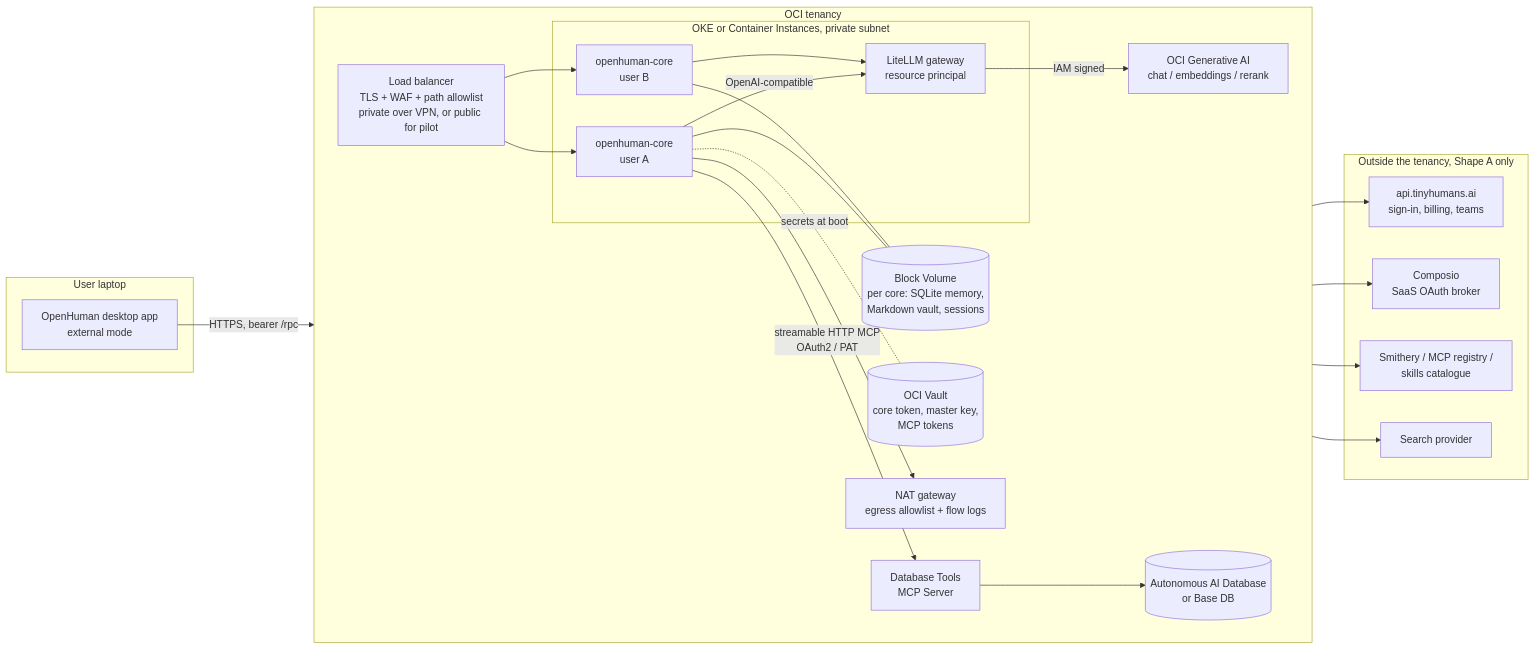
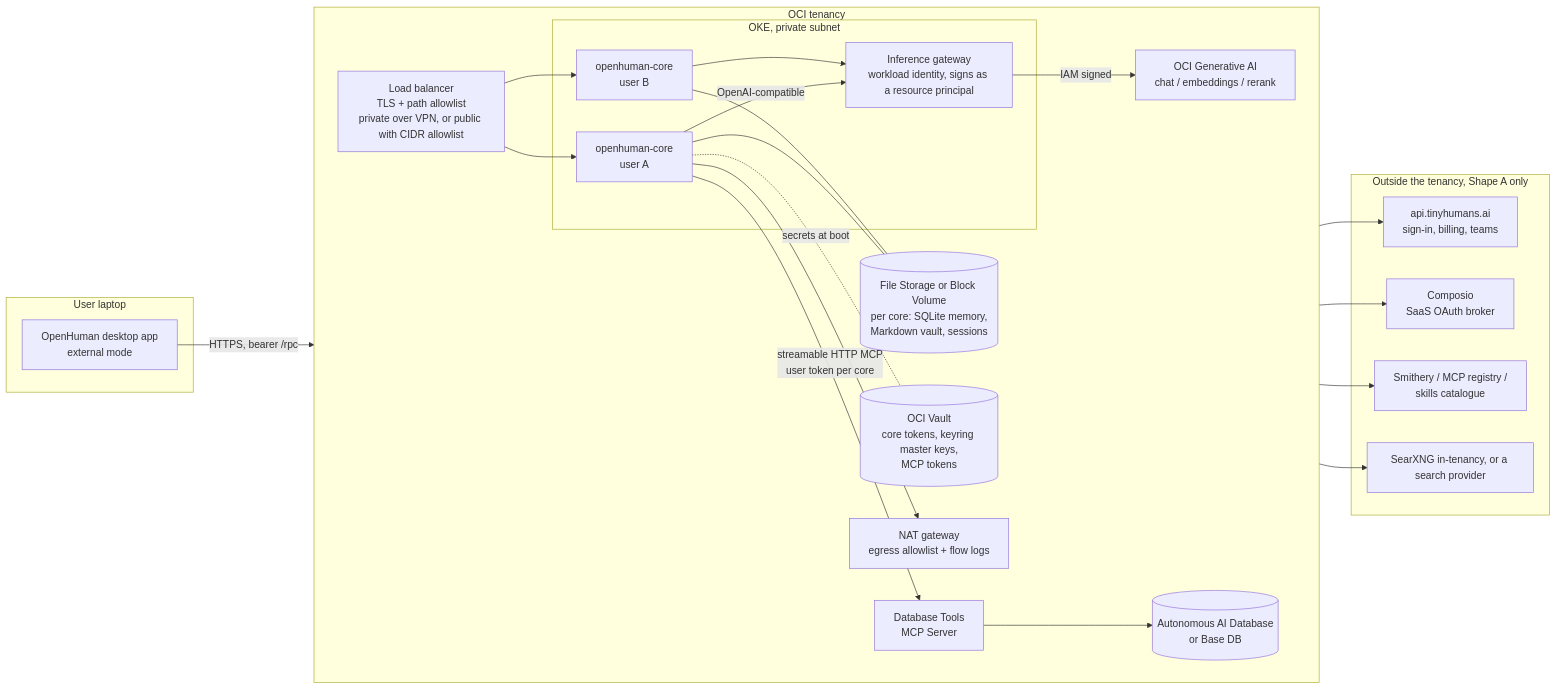
The diagram in docs/ARCHITECTURE.md (kamelhar/openhuman-oci), drawn with Mermaid before and after one commit. The commit also changed other lines of this file and 3 other files, not shown here.

Commit message:
Architecture docs: reference v1.1 (revision history, decisions table, prerequisites, failure modes and recovery, consistency fixes); design doc annotated with pilot results and a phase-three target; single figure captions in exports

````diff
--- a/docs/ARCHITECTURE.md
+++ b/docs/ARCHITECTURE.md
@@ -94,43 +86,43 @@
 ```mermaid
 flowchart LR
   subgraph client[User laptop]
     app[OpenHuman desktop app<br/>external mode]
   end
 
   subgraph oci[OCI tenancy]
     direction LR
-    bastion[Load balancer<br/>TLS + WAF + path allowlist<br/>private over VPN, or public for pilot]
-    subgraph okens[OKE or Container Instances, private subnet]
+    lb[Load balancer<br/>TLS + path allowlist<br/>private over VPN, or public with CIDR allowlist]
+    subgraph okens[OKE, private subnet]
       core1[openhuman-core<br/>user A]
       core2[openhuman-core<br/>user B]
-      llm[LiteLLM gateway<br/>resource principal]
+      llm[Inference gateway<br/>workload identity, signs as a resource principal]
     end
-    bv[(Block Volume<br/>per core: SQLite memory,<br/>Markdown vault, sessions)]
-    vault[(OCI Vault<br/>core token, master key,<br/>MCP tokens)]
+    fss[(File Storage or Block Volume<br/>per core: SQLite memory,<br/>Markdown vault, sessions)]
+    vault[(OCI Vault<br/>core tokens, keyring master keys,<br/>MCP tokens)]
     genai[OCI Generative AI<br/>chat / embeddings / rerank]
     dbtools[Database Tools<br/>MCP Server]
     adb[(Autonomous AI Database<br/>or Base DB)]
     nat[NAT gateway<br/>egress allowlist + flow logs]
   end
 
   subgraph ext[Outside the tenancy, Shape A only]
     th[api.tinyhumans.ai<br/>sign-in, billing, teams]
     composio[Composio<br/>SaaS OAuth broker]
     reg[Smithery / MCP registry /<br/>skills catalogue]
-    search[Search provider]
+    search[SearXNG in-tenancy, or a search provider]
   end
 
-  app -- "HTTPS, bearer /rpc" --> bastion --> core1
-  bastion --> core2
-  core1 --- bv
-  core2 --- bv
+  app -- "HTTPS, bearer /rpc" --> lb --> core1
+  lb --> core2
+  core1 --- fss
+  core2 --- fss
   core1 -. "secrets at boot" .- vault
   core1 -- "OpenAI-compatible" --> llm -- "IAM signed" --> genai
   core2 --> llm
-  core1 -- "streamable HTTP MCP<br/>OAuth2 / PAT" --> dbtools --> adb
+  core1 -- "streamable HTTP MCP<br/>user token per core" --> dbtools --> adb
   core1 --> nat
   nat --> th
   nat --> composio
   nat --> reg
   nat --> search
 ```
````
